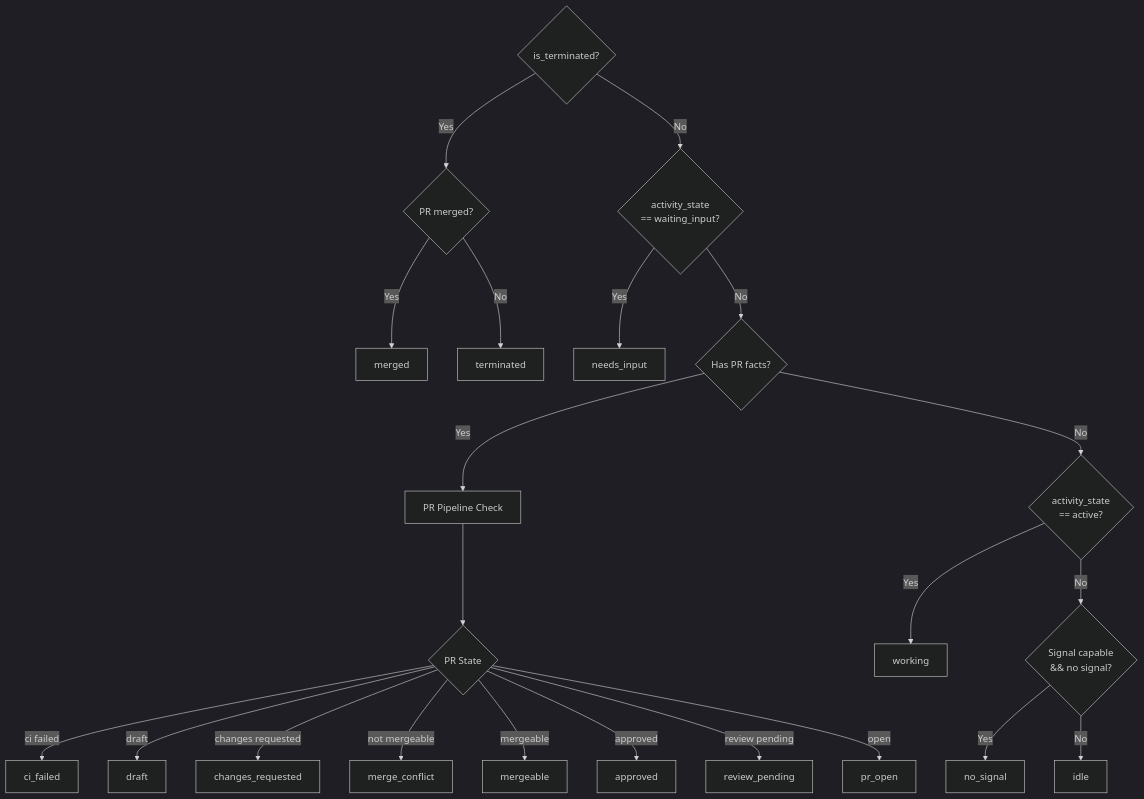
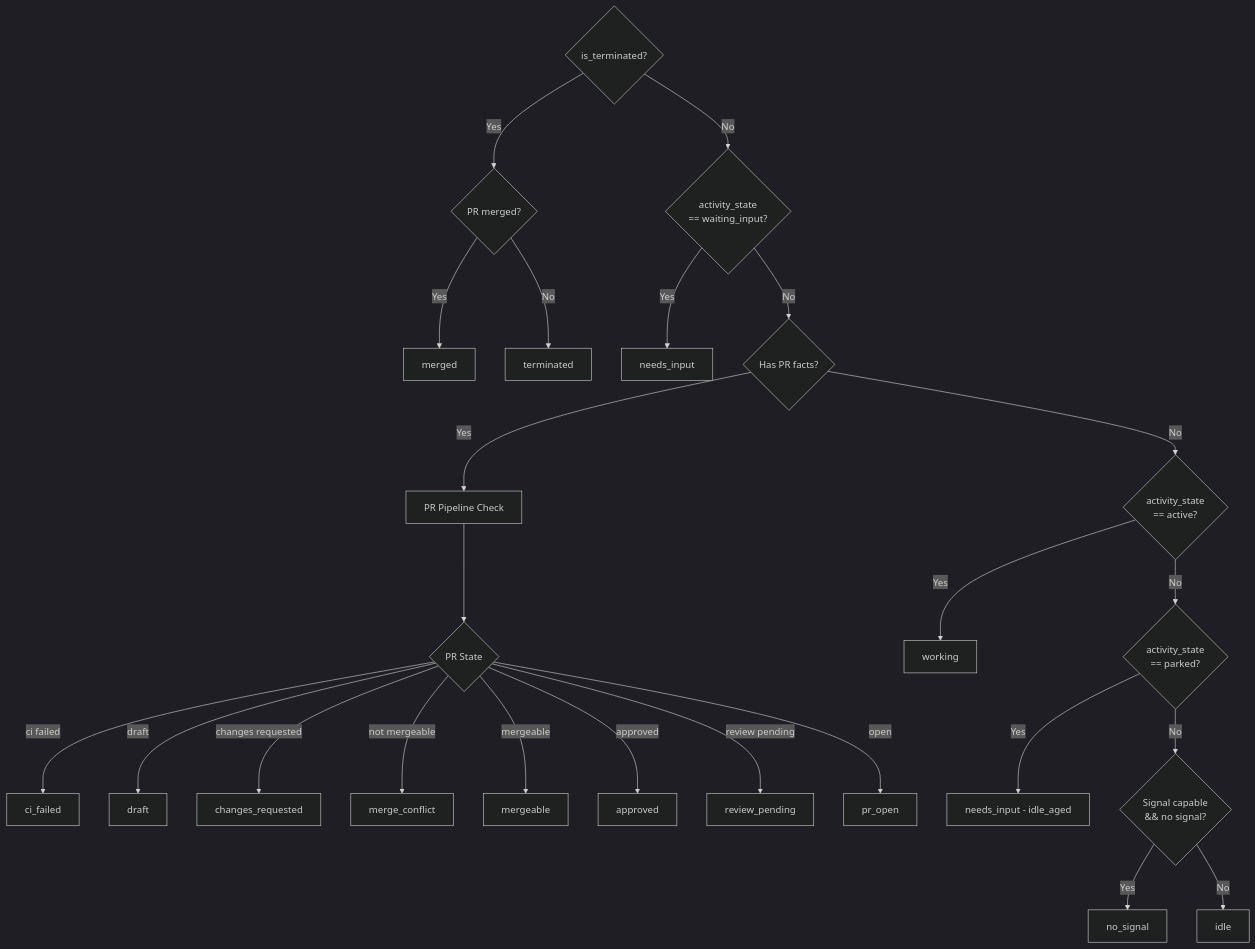
Diagram 12 of 23 in docs/architecture.md (f1uke/agent-orchestrator), drawn with Mermaid (dark theme) before and after one commit. The commit also changed other lines of this file and 31 other files, not shown here.

````diff
--- a/docs/architecture.md
+++ b/docs/architecture.md
@@ -434,32 +440,35 @@
 ```mermaid
 flowchart TD
     CheckTerm{is_terminated?}
     CheckTerm -->|Yes| PRMerged{PR merged?}
     CheckTerm -->|No| CheckWait{activity_state<br/>== waiting_input?}
 
     PRMerged -->|Yes| Merged[merged]
     PRMerged -->|No| Terminated[terminated]
 
     CheckWait -->|Yes| NeedsInput[needs_input]
     CheckWait -->|No| CheckPR{Has PR facts?}
 
     CheckPR -->|Yes| PRPipeline[PR Pipeline Check]
     CheckPR -->|No| CheckActive{activity_state<br/>== active?}
 
     PRPipeline --> PRState{PR State}
     PRState -->|ci failed| CIFailed[ci_failed]
     PRState -->|draft| Draft[draft]
     PRState -->|changes requested| Changes[changes_requested]
     PRState -->|not mergeable| Conflict[merge_conflict]
     PRState -->|mergeable| Mergeable[mergeable]
     PRState -->|approved| Approved[approved]
     PRState -->|review pending| ReviewPending[review_pending]
     PRState -->|open| PROpen[pr_open]
 
     CheckActive -->|Yes| Working[working]
-    CheckActive -->|No| CheckSignal{Signal capable<br/>&& no signal?}
+    CheckActive -->|No| CheckParked{activity_state<br/>== parked?}
+
+    CheckParked -->|Yes| ParkedNeedsInput[needs_input - idle_aged]
+    CheckParked -->|No| CheckSignal{Signal capable<br/>&& no signal?}
 
     CheckSignal -->|Yes| NoSignal[no_signal]
     CheckSignal -->|No| Idle[idle]
 
 ```
````
